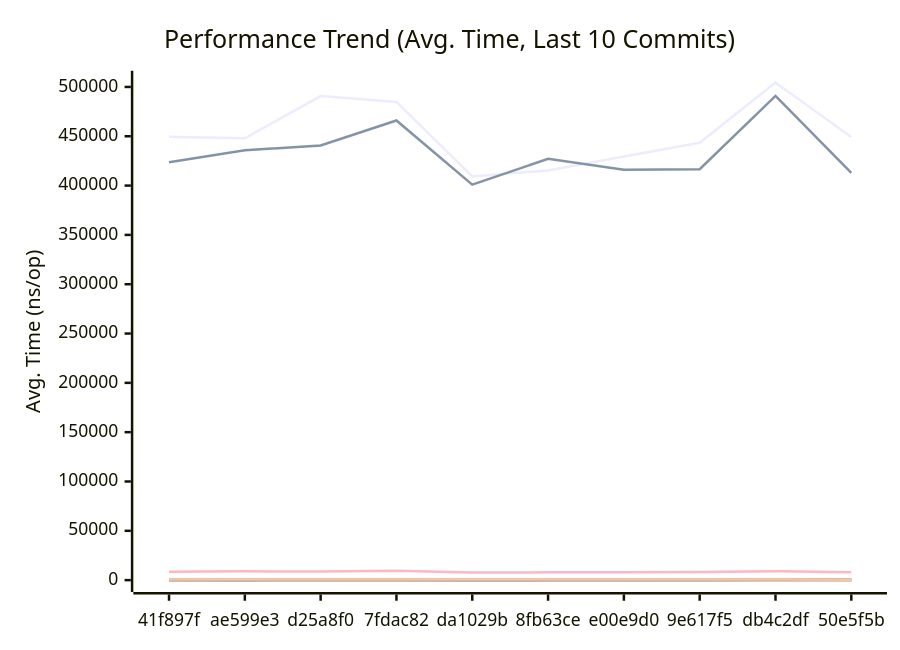
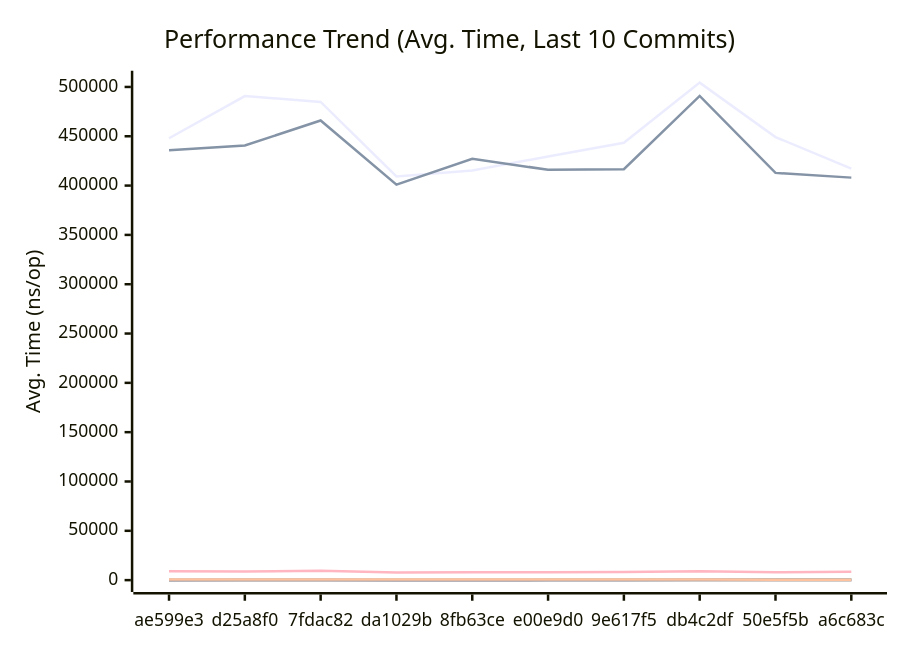
The first of 3 diagrams in docs/PERFORMANCE.md (alsotoes/momo), drawn with Mermaid before and after one commit. The commit also changed other lines of this file and 3 other files, not shown here.

````diff
--- a/docs/PERFORMANCE.md
+++ b/docs/PERFORMANCE.md
@@ -145,20 +145,20 @@
 ```mermaid
 xychart-beta
     title "Performance Trend (Avg. Time, Last 10 Commits)"
     x-axis "Commit"
     y-axis "Avg. Time (ns/op)"
-    x-axis [41f897f,ae599e3,d25a8f0,7fdac82,da1029b,8fb63ce,e00e9d0,9e617f5,db4c2df,50e5f5b]
-    line "AWSChunkedReaderSigned" [449386,448000,490719,484836,409335,415353,429495,443463,504383,449225]
-    line "AWSChunkedReaderUnsigned" [423737,435828,440689,465971,400921,427097,416046,416589,490906,412879]
-    line "CheckMetricsAndSwap" [8,9,8,10,7,8,8,7,8,8]
-    line "CrushOptimized" [386,330,354,427,297,293,318,318,375,304]
-    line "CrushOriginal" [423,425,439,459,396,411,411,409,471,434]
+    x-axis [ae599e3,d25a8f0,7fdac82,da1029b,8fb63ce,e00e9d0,9e617f5,db4c2df,50e5f5b,a6c683c]
+    line "AWSChunkedReaderSigned" [448000,490719,484836,409335,415353,429495,443463,504383,449225,417284]
+    line "AWSChunkedReaderUnsigned" [435828,440689,465971,400921,427097,416046,416589,490906,412879,408069]
+    line "CheckMetricsAndSwap" [9,8,10,7,8,8,7,8,8,8]
+    line "CrushOptimized" [330,354,427,297,293,318,318,375,304,305]
+    line "CrushOriginal" [425,439,459,396,411,411,409,471,434,425]
     line "IndexDirectTracking" [0,0,0,0,0,0,0,0,0,0]
     line "IndexSearch" [2,2,2,2,2,2,2,2,2,2]
-    line "LoadGlobalConfig" [8472,8919,8791,9473,7743,7862,8049,8138,9117,7890]
-    line "PadString" [47,41,47,46,38,38,39,39,49,39]
+    line "LoadGlobalConfig" [8919,8791,9473,7743,7862,8049,8138,9117,7890,8368]
+    line "PadString" [41,47,46,38,38,39,39,49,39,40]
     line "ParseReplicationOrder_NoPrealloc" [350,349,357,354,345,225,229,165,232,234]
     line "ParseReplicationOrder_Prealloc" [229,231,237,234,229,108,107,80,110,109]
-    line "SanitizeLog/Safe" [259,236,446,421,213,231,213,222,430,390]
-    line "SanitizeLog/Unsafe" [691,701,564,628,658,674,673,658,601,504]
+    line "SanitizeLog/Safe" [236,446,421,213,231,213,222,430,390,419]
+    line "SanitizeLog/Unsafe" [701,564,628,658,674,673,658,601,504,506]
 ```
````
